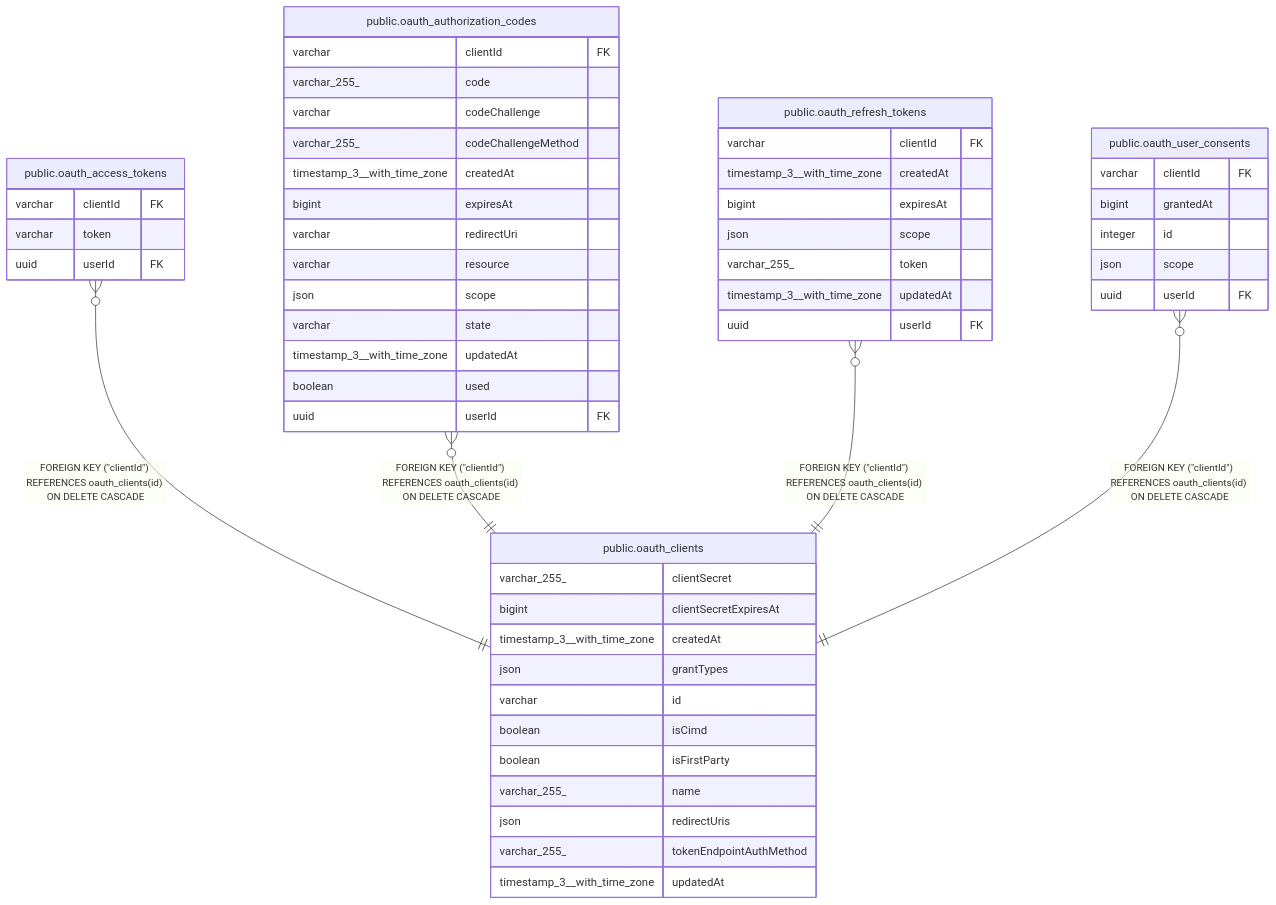
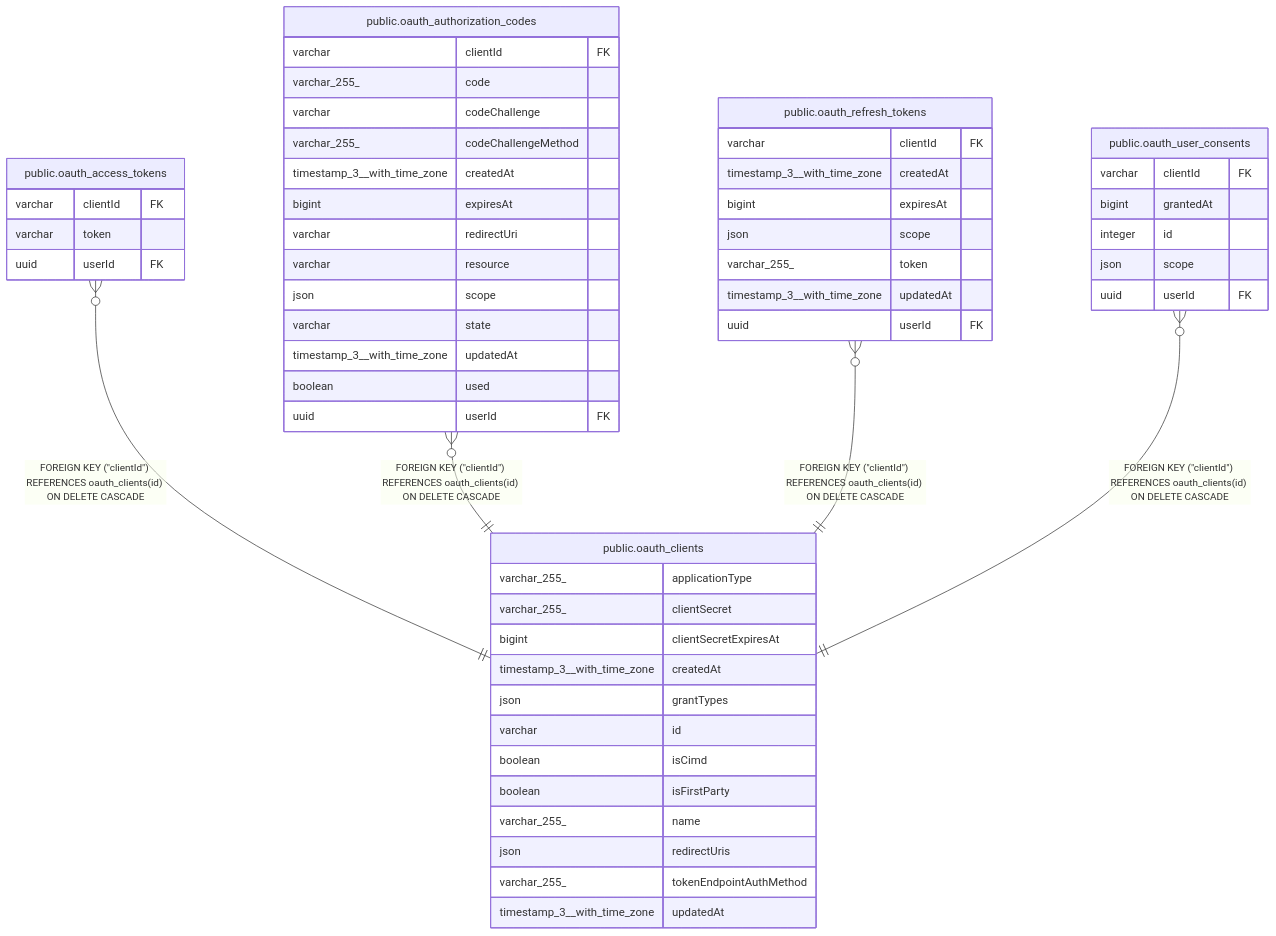
One commit to mayankjain1815-commits/n8n changed the diagram in docs/generated/postgres-schema/public.oauth_clients.md. Above: the diagram before and after it, drawn with Mermaid. The commit also changed other lines of this file and 18 other files, not shown here.

First line of the commit message:
feat(core): Enforce application_type and gate loopback redirect matching (SEP-837)

````diff
--- a/docs/generated/postgres-schema/public.oauth_clients.md
+++ b/docs/generated/postgres-schema/public.oauth_clients.md
@@ -42,58 +44,59 @@
 ```mermaid
 erDiagram
 
 "public.oauth_access_tokens" }o--|| "public.oauth_clients" : "FOREIGN KEY (#quot;clientId#quot;) REFERENCES oauth_clients(id) ON DELETE CASCADE"
 "public.oauth_authorization_codes" }o--|| "public.oauth_clients" : "FOREIGN KEY (#quot;clientId#quot;) REFERENCES oauth_clients(id) ON DELETE CASCADE"
 "public.oauth_refresh_tokens" }o--|| "public.oauth_clients" : "FOREIGN KEY (#quot;clientId#quot;) REFERENCES oauth_clients(id) ON DELETE CASCADE"
 "public.oauth_user_consents" }o--|| "public.oauth_clients" : "FOREIGN KEY (#quot;clientId#quot;) REFERENCES oauth_clients(id) ON DELETE CASCADE"
 
 "public.oauth_clients" {
+  varchar_255_ applicationType
   varchar_255_ clientSecret
   bigint clientSecretExpiresAt
   timestamp_3__with_time_zone createdAt
   json grantTypes
   varchar id
   boolean isCimd
   boolean isFirstParty
   varchar_255_ name
   json redirectUris
   varchar_255_ tokenEndpointAuthMethod
   timestamp_3__with_time_zone updatedAt
 }
 "public.oauth_access_tokens" {
   varchar clientId FK
   varchar token
   uuid userId FK
 }
 "public.oauth_authorization_codes" {
   varchar clientId FK
   varchar_255_ code
   varchar codeChallenge
   varchar_255_ codeChallengeMethod
   timestamp_3__with_time_zone createdAt
   bigint expiresAt
   varchar redirectUri
   varchar resource
   json scope
   varchar state
   timestamp_3__with_time_zone updatedAt
   boolean used
   uuid userId FK
 }
 "public.oauth_refresh_tokens" {
   varchar clientId FK
   timestamp_3__with_time_zone createdAt
   bigint expiresAt
   json scope
   varchar_255_ token
   timestamp_3__with_time_zone updatedAt
   uuid userId FK
 }
 "public.oauth_user_consents" {
   varchar clientId FK
   bigint grantedAt
   integer id
   json scope
   uuid userId FK
 }
 ```
````
